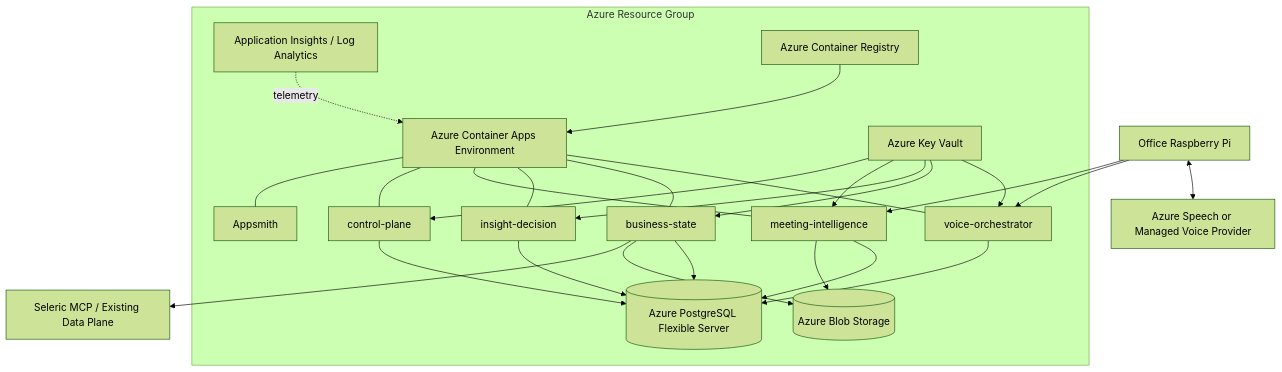
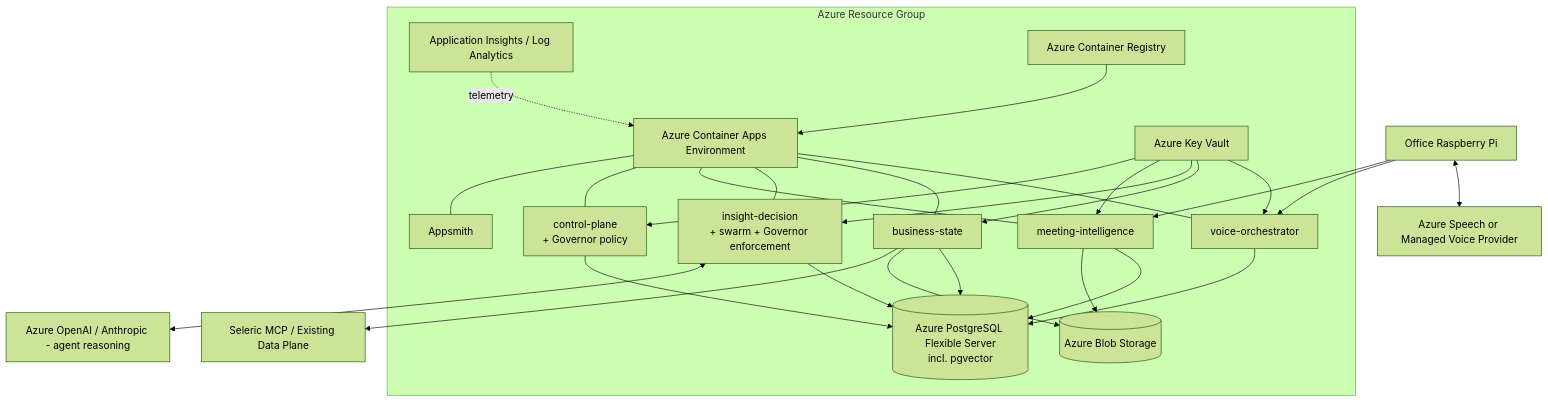
The sixth of 7 diagrams in 03_HIGH_LEVEL_DESIGN.md (Tervigon-Collective/Seleric_Agent), drawn with Mermaid (forest theme) before and after one commit. The commit also changed other lines of this file and 26 other files, not shown here.

````diff
--- a/03_HIGH_LEVEL_DESIGN.md
+++ b/03_HIGH_LEVEL_DESIGN.md
@@ -453,48 +419,50 @@
 ```mermaid
 flowchart TB
     PiA[Office Raspberry Pi]
 
     subgraph Azure[Azure Resource Group]
         ACA[Azure Container Apps Environment]
         VOCA[voice-orchestrator]
         SCA[business-state]
-        ICA[insight-decision]
+        ICA[insight-decision<br/>+ swarm + Governor enforcement]
         MCA[meeting-intelligence]
-        CCA[control-plane]
+        CCA[control-plane<br/>+ Governor policy]
         AUI[Appsmith]
-        PGF[(Azure PostgreSQL Flexible Server)]
+        PGF[(Azure PostgreSQL Flexible Server<br/>incl. pgvector)]
         Blob[(Azure Blob Storage)]
         KV[Azure Key Vault]
         AI[Application Insights / Log Analytics]
         ACR[Azure Container Registry]
 
         ACA --- VOCA
         ACA --- SCA
         ACA --- ICA
         ACA --- MCA
         ACA --- CCA
         ACA --- AUI
         VOCA --> PGF
         SCA --> PGF
         ICA --> PGF
         MCA --> PGF
         CCA --> PGF
         MCA --> Blob
         SCA --> Blob
         KV --> VOCA
         KV --> SCA
         KV --> ICA
         KV --> MCA
         KV --> CCA
         AI -. telemetry .-> ACA
         ACR --> ACA
     end
 
     Seleric[Seleric MCP / Existing Data Plane]
     Speech[Azure Speech or Managed Voice Provider]
+    LLMProv[Azure OpenAI / Anthropic - agent reasoning]
 
     PiA --> VOCA
     PiA --> MCA
     PiA <--> Speech
     SCA --> Seleric
+    ICA <--> LLMProv
 ```
````
